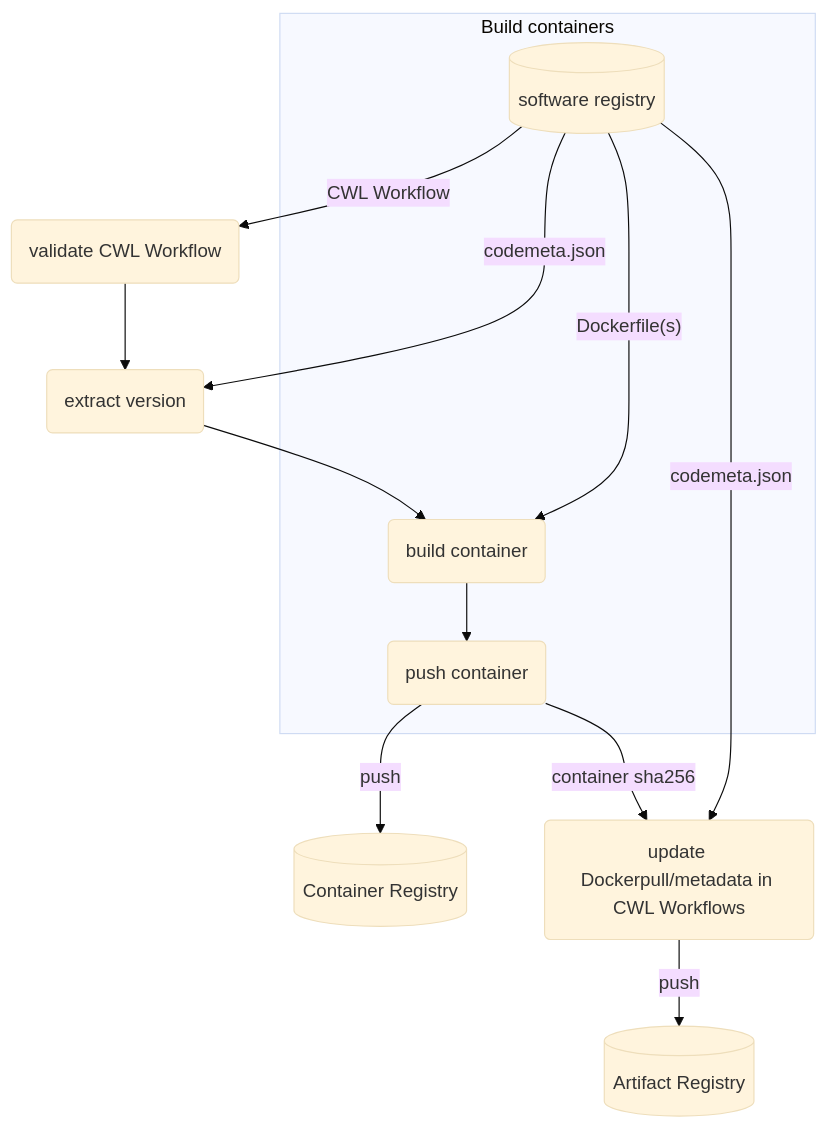
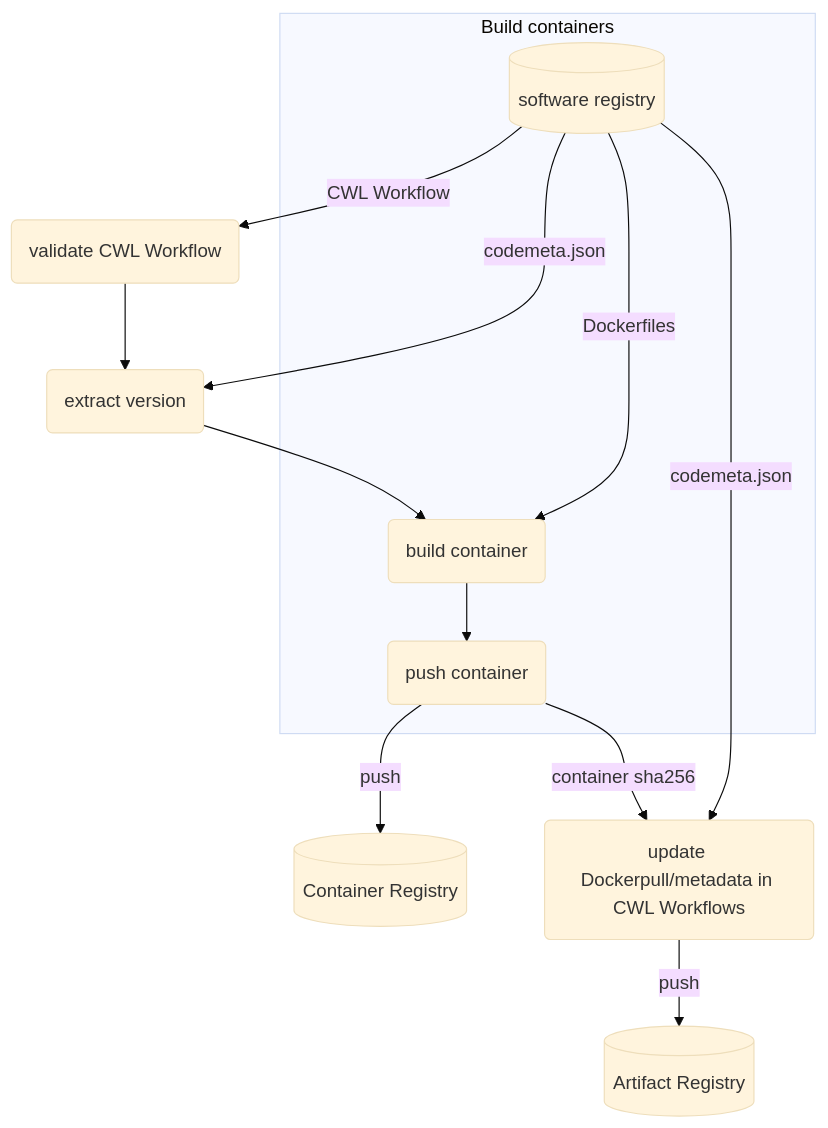
Before and after one commit to Terradue/app-package-training-bids23: the diagram in docs/release/ci.md, drawn with Mermaid (base theme). The commit also changed 3 other files, not shown here.

````diff
--- a/docs/release/ci.md
+++ b/docs/release/ci.md
@@ -31,16 +31,16 @@
 ``` mermaid
 graph TB
 SCM[(software registry)]
 SCM -- CWL Workflow --> A
 SCM -- codemeta.json --> B
 A(validate CWL Workflow) --> B(extract version)
 B --> C
 subgraph Build containers
-SCM -- Dockerfile(s) --> C
+SCM -- Dockerfiles --> C
 C(build container) --> D(push container) 
 end
 D -- push --> CR[(Container Registry)] 
 D -- container sha256 --> F("update Dockerpull/metadata in CWL Workflows") 
 F -- push --> AR[(Artifact Registry)]
 SCM -- codemeta.json --> F
 ```
````
